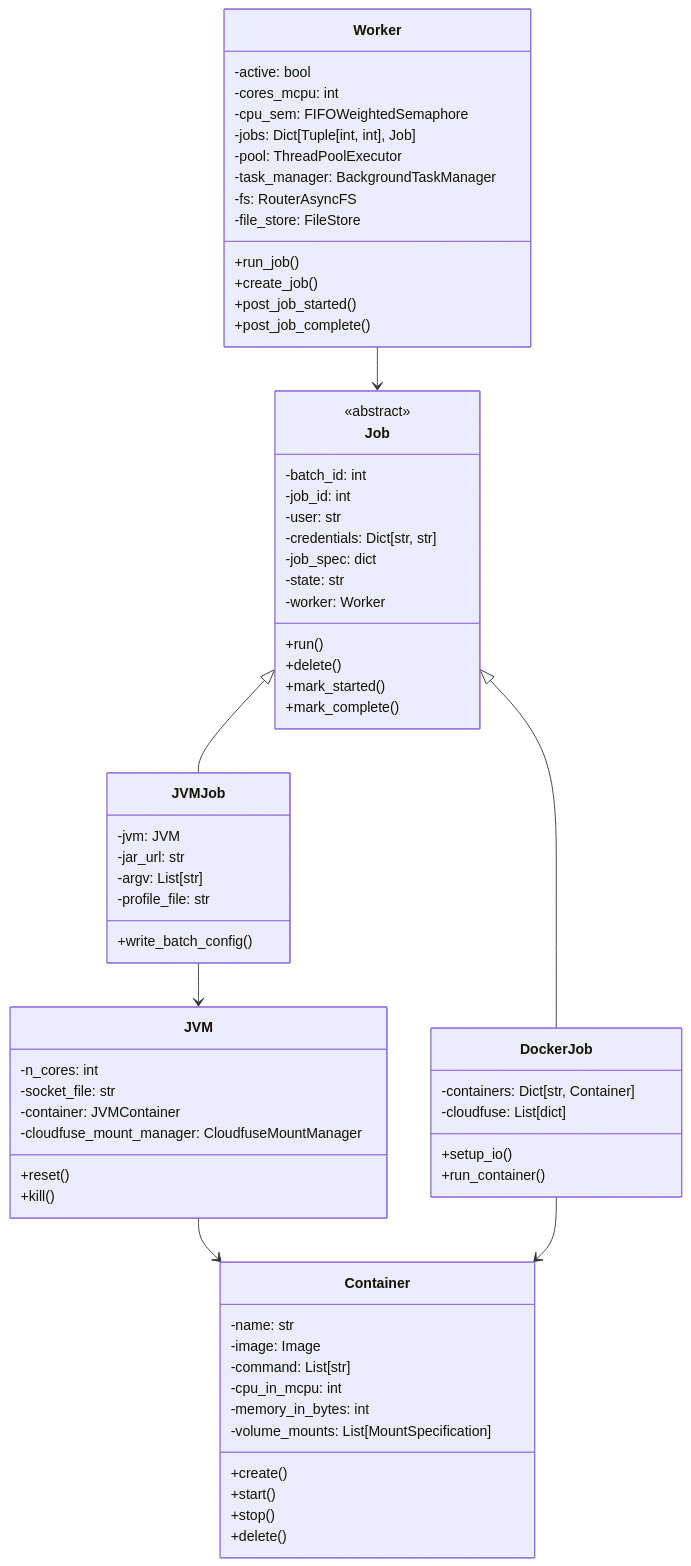
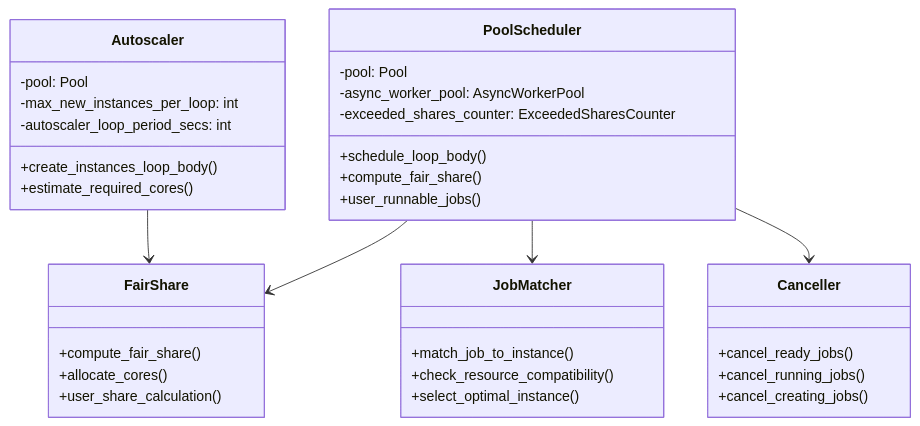
The sixth of 9 diagrams in dev-docs/services/batch/code-structure.md (cjllanwarne/hail), drawn with Mermaid before and after one commit. The commit also changed other lines of this file, not shown here.

````diff
--- a/dev-docs/services/batch/code-structure.md
+++ b/dev-docs/services/batch/code-structure.md
@@ -227,76 +273,42 @@
 ```mermaid
 classDiagram
-    class Worker {
-        -active: bool
-        -cores_mcpu: int
-        -cpu_sem: FIFOWeightedSemaphore
-        -jobs: Dict[Tuple[int, int], Job]
-        -pool: ThreadPoolExecutor
-        -task_manager: BackgroundTaskManager
-        -fs: RouterAsyncFS
-        -file_store: FileStore
-        +run_job()
-        +create_job()
-        +post_job_started()
-        +post_job_complete()
+    class PoolScheduler {
+        -pool: Pool
+        -async_worker_pool: AsyncWorkerPool
+        -exceeded_shares_counter: ExceededSharesCounter
+        +schedule_loop_body()
+        +compute_fair_share()
+        +user_runnable_jobs()
     }
     
-    class Job {
-        <<abstract>>
-        -batch_id: int
-        -job_id: int
-        -user: str
-        -credentials: Dict[str, str]
-        -job_spec: dict
-        -state: str
-        -worker: Worker
-        +run()
-        +delete()
-        +mark_started()
-        +mark_complete()
+    class Autoscaler {
+        -pool: Pool
+        -max_new_instances_per_loop: int
+        -autoscaler_loop_period_secs: int
+        +create_instances_loop_body()
+        +estimate_required_cores()
     }
     
-    class DockerJob {
-        -containers: Dict[str, Container]
-        -cloudfuse: List[dict]
-        +setup_io()
-        +run_container()
+    class FairShare {
+        +compute_fair_share()
+        +allocate_cores()
+        +user_share_calculation()
     }
     
-    class JVMJob {
-        -jvm: JVM
-        -jar_url: str
-        -argv: List[str]
-        -profile_file: str
-        +write_batch_config()
+    class JobMatcher {
+        +match_job_to_instance()
+        +check_resource_compatibility()
+        +select_optimal_instance()
     }
     
-    class JVM {
-        -n_cores: int
-        -socket_file: str
-        -container: JVMContainer
-        -cloudfuse_mount_manager: CloudfuseMountManager
-        +reset()
-        +kill()
+    class Canceller {
+        +cancel_ready_jobs()
+        +cancel_running_jobs()
+        +cancel_creating_jobs()
     }
     
-    class Container {
-        -name: str
-        -image: Image
-        -command: List[str]
-        -cpu_in_mcpu: int
-        -memory_in_bytes: int
-        -volume_mounts: List[MountSpecification]
-        +create()
-        +start()
-        +stop()
-        +delete()
-    }
-    
-    Worker --> Job
-    Job <|-- DockerJob
-    Job <|-- JVMJob
-    JVMJob --> JVM
-    JVM --> Container
-    DockerJob --> Container
+    PoolScheduler --> FairShare
+    PoolScheduler --> JobMatcher
+    Autoscaler --> FairShare
+    PoolScheduler --> Canceller
 ```
````
